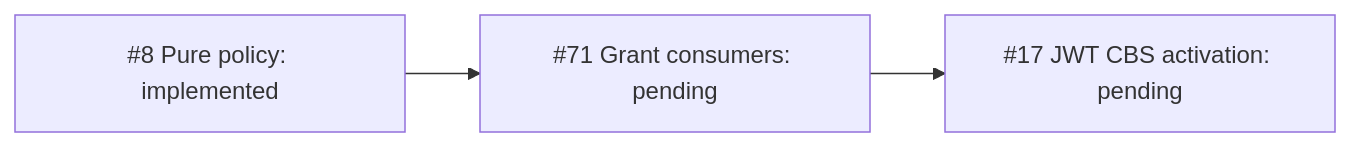
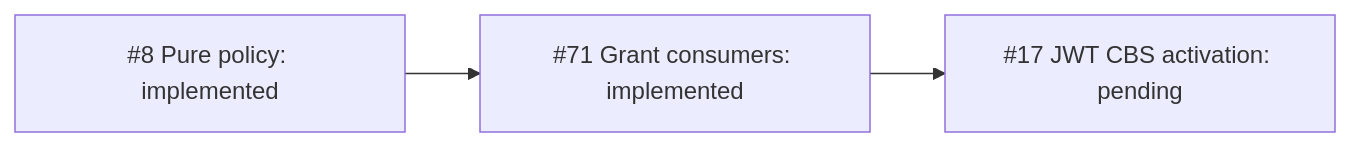
The diagram in docs/offline-jwt.md (DeandreT/switchyard), drawn with Mermaid before and after one commit. The commit also changed other lines of this file and 4 other files, not shown here.

````diff
--- a/docs/offline-jwt.md
+++ b/docs/offline-jwt.md
@@ -7,5 +7,5 @@
 ```mermaid
 flowchart LR
-    Policy["#8 Pure policy: implemented"] --> Consumers["#71 Grant consumers: pending"]
+    Policy["#8 Pure policy: implemented"] --> Consumers["#71 Grant consumers: implemented"]
     Consumers --> Activation["#17 JWT CBS activation: pending"]
 ```
````
